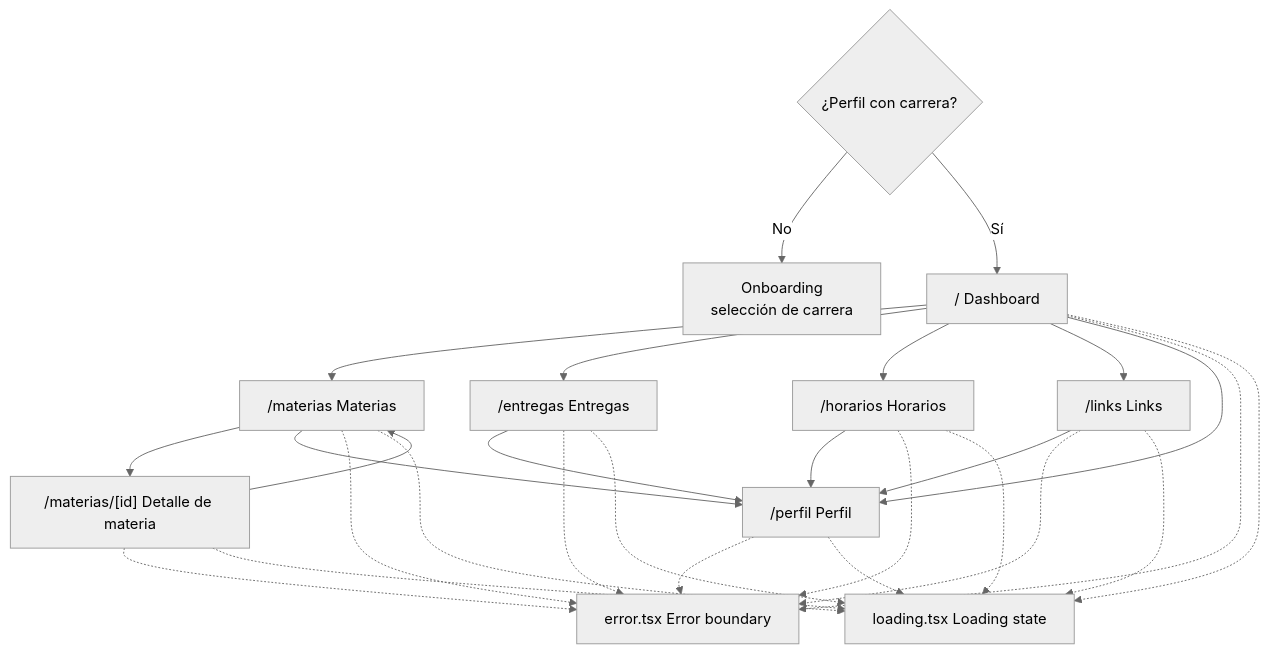
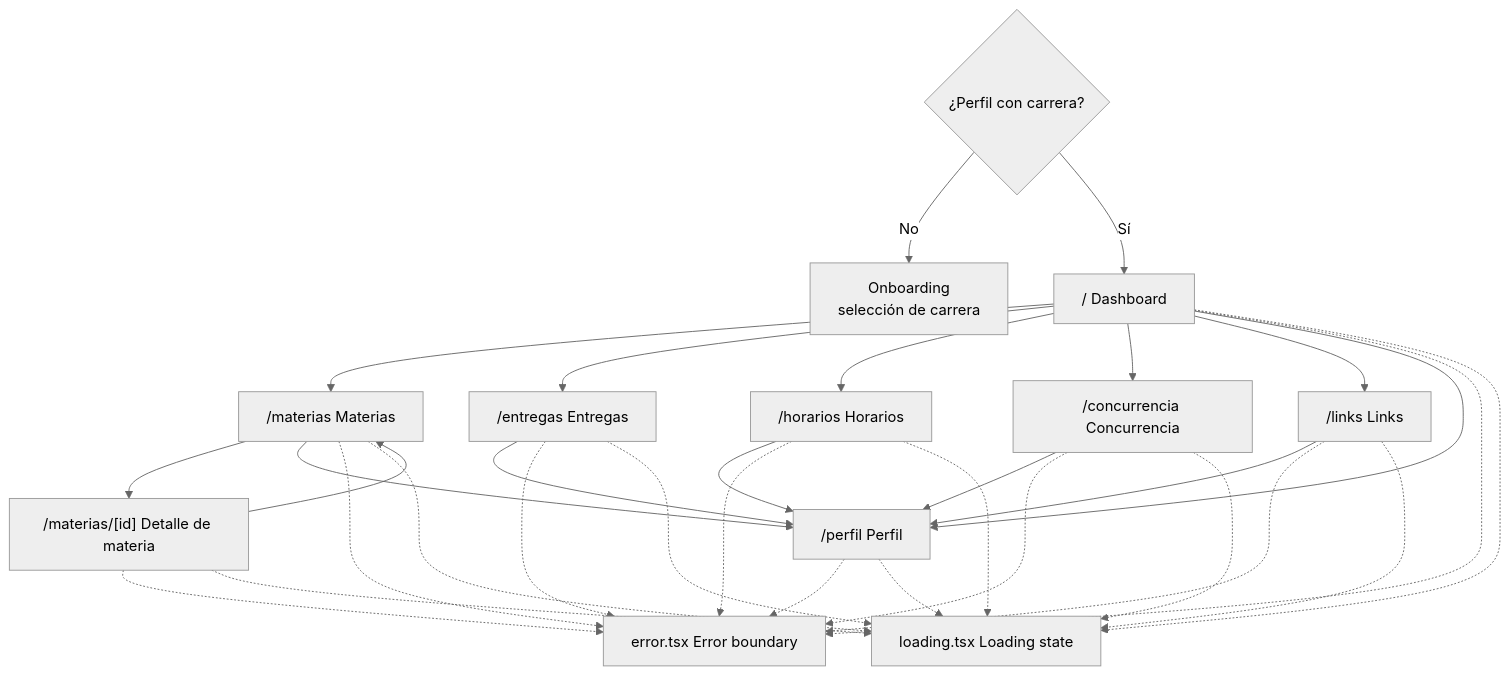
The first of 4 diagrams in wiki/Rutas-y-flujos.md (lautioliver/UcaNode), drawn with Mermaid (neutral theme) before and after one commit. The commit also changed other lines of this file and 10 other files, not shown here.

````diff
--- a/wiki/Rutas-y-flujos.md
+++ b/wiki/Rutas-y-flujos.md
@@ -16,31 +16,34 @@
 ```mermaid
 flowchart TD
     Gate{"¿Perfil con carrera?"}
     Onb["Onboarding<br/>selección de carrera"]
     Root["/ Dashboard"]
     Mat["/materias Materias"]
     MatId["/materias/[id] Detalle de materia"]
     Ent["/entregas Entregas"]
     Hor["/horarios Horarios"]
+    Con["/concurrencia Concurrencia"]
     Lnk["/links Links"]
     Per["/perfil Perfil"]
     Err["error.tsx Error boundary"]
     Ld["loading.tsx Loading state"]
 
     Gate -->|No| Onb
     Gate -->|Sí| Root
     Root --> Mat
     Root --> Ent
     Root --> Hor
+    Root --> Con
     Root --> Lnk
     Mat --> MatId
     MatId --> Mat
     Root --> Per
     Mat --> Per
     Ent --> Per
     Hor --> Per
+    Con --> Per
     Lnk --> Per
 
-    Root & Mat & MatId & Ent & Hor & Lnk & Per -.-> Err
-    Root & Mat & MatId & Ent & Hor & Lnk & Per -.-> Ld
+    Root & Mat & MatId & Ent & Hor & Con & Lnk & Per -.-> Err
+    Root & Mat & MatId & Ent & Hor & Con & Lnk & Per -.-> Ld
 ```
````
